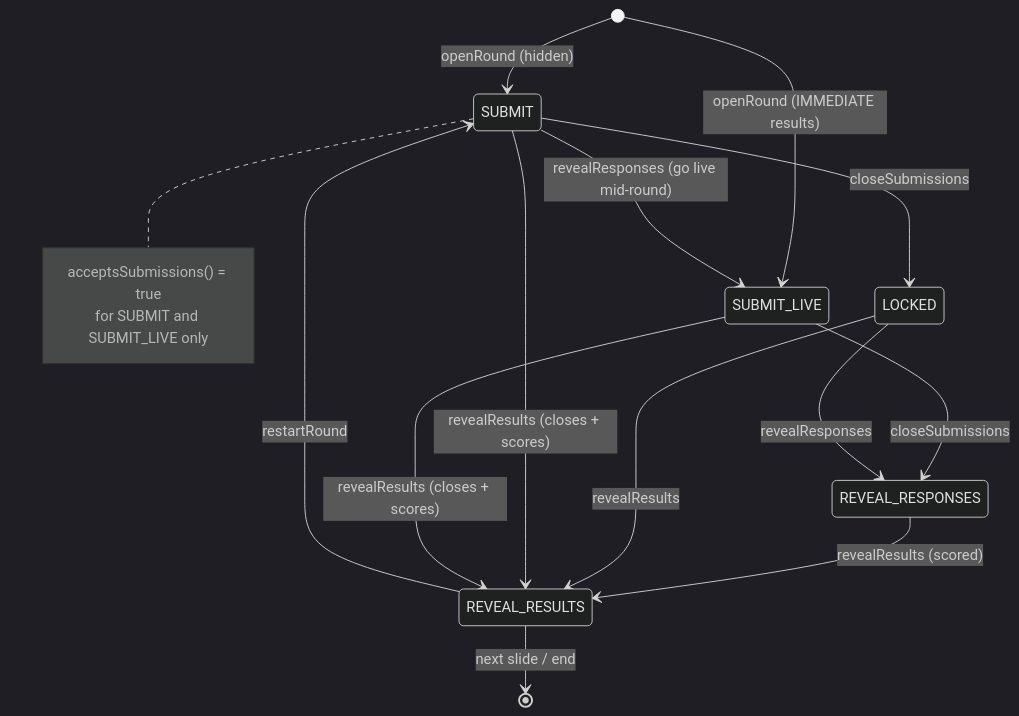
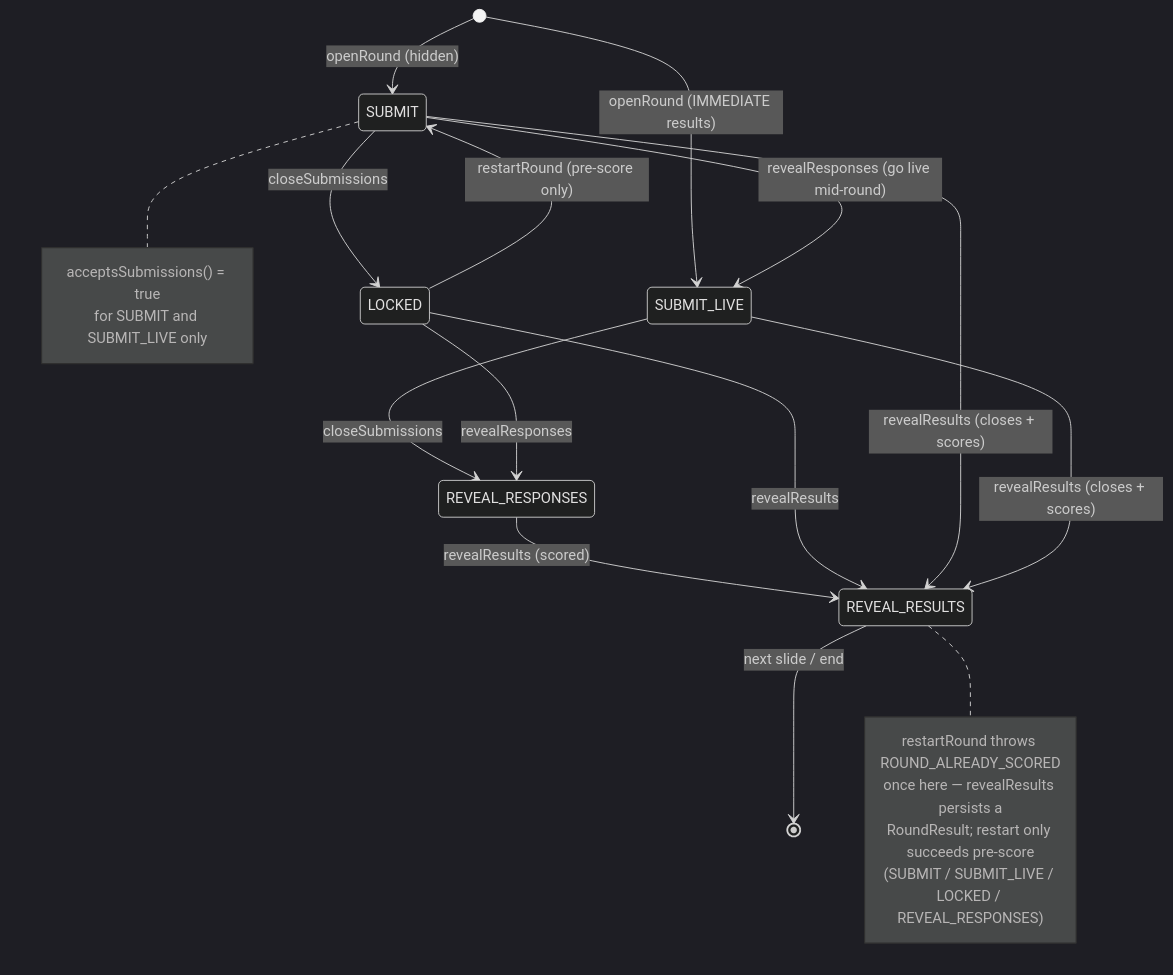
Before and after one commit to Saganaut/ambi: the second of 5 diagrams in z-docs/diagrams/live-session.md, drawn with Mermaid (dark theme). The commit also changed other lines of this file and 3 other files, not shown here.

Commit message:
docs(diagrams): correct backend-services, live-session, media-gallery, system-overview

````diff
--- a/z-docs/diagrams/live-session.md
+++ b/z-docs/diagrams/live-session.md
@@ -41,20 +43,27 @@
 ```mermaid
 stateDiagram-v2
     [*] --> SUBMIT : openRound (hidden)
     [*] --> SUBMIT_LIVE : openRound (IMMEDIATE results)
     SUBMIT --> SUBMIT_LIVE : revealResponses (go live mid-round)
     SUBMIT --> LOCKED : closeSubmissions
     SUBMIT_LIVE --> REVEAL_RESPONSES : closeSubmissions
     LOCKED --> REVEAL_RESPONSES : revealResponses
     REVEAL_RESPONSES --> REVEAL_RESULTS : revealResults (scored)
     LOCKED --> REVEAL_RESULTS : revealResults
     SUBMIT --> REVEAL_RESULTS : revealResults (closes + scores)
     SUBMIT_LIVE --> REVEAL_RESULTS : revealResults (closes + scores)
-    REVEAL_RESULTS --> SUBMIT : restartRound
+    LOCKED --> SUBMIT : restartRound (pre-score only)
     REVEAL_RESULTS --> [*] : next slide / end
 
     note right of SUBMIT
         acceptsSubmissions() = true
         for SUBMIT and SUBMIT_LIVE only
     end note
+
+    note right of REVEAL_RESULTS
+        restartRound throws ROUND_ALREADY_SCORED
+        once here — revealResults persists a
+        RoundResult; restart only succeeds pre-score
+        (SUBMIT / SUBMIT_LIVE / LOCKED / REVEAL_RESPONSES)
+    end note
 ```
````
